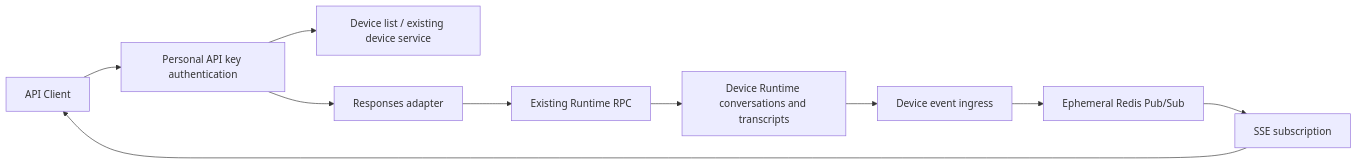
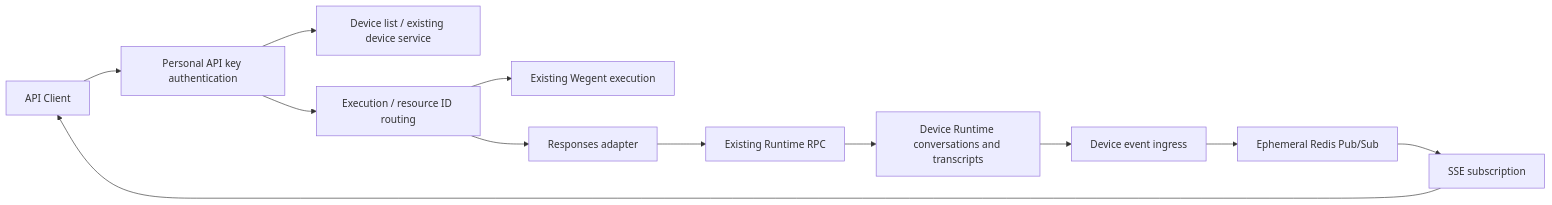
One commit to wecode-ai/Wegent changed the diagram in docs/en/wework/api.md. Above: the diagram before and after it, drawn with Mermaid. The commit also changed other lines of this file and 10 other files, not shown here.

````diff
--- a/docs/en/wework/api.md
+++ b/docs/en/wework/api.md
@@ -104,12 +113,14 @@
 ```mermaid
 flowchart LR
     Client[API Client] --> Auth[Personal API key authentication]
     Auth --> Devices[Device list / existing device service]
-    Auth --> Adapter[Responses adapter]
+    Auth --> Routing[Execution / resource ID routing]
+    Routing --> Wegent[Existing Wegent execution]
+    Routing --> Adapter[Responses adapter]
     Adapter --> RPC[Existing Runtime RPC]
     RPC --> Runtime[Device Runtime conversations and transcripts]
     Runtime --> Relay[Device event ingress]
     Relay --> PubSub[Ephemeral Redis Pub/Sub]
     PubSub --> SSE[SSE subscription]
     SSE --> Client
 ```
````
